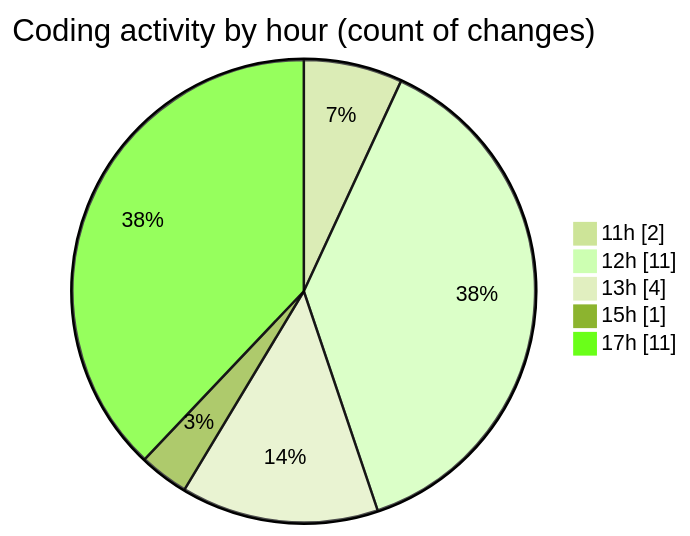
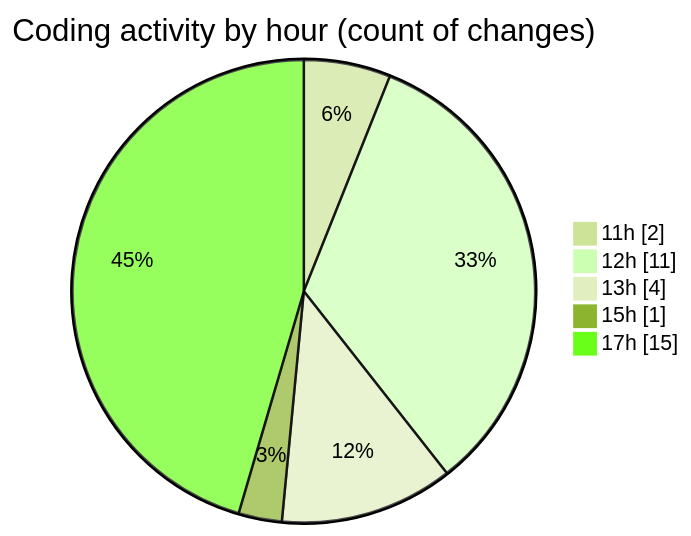
The second of 2 diagrams in 2025-12-08/nxtqube_webapp/README.md (nxtqubesakshisongat/code-tracking), drawn with Mermaid (forest theme) before and after one commit. The commit also changed other lines of this file and 1 other file, not shown here.

````diff
--- a/2025-12-08/nxtqube_webapp/README.md
+++ b/2025-12-08/nxtqube_webapp/README.md
@@ -34,9 +34,9 @@
 ```mermaid
 pie showData
 title Coding activity by hour (count of changes)
 "11h" : 2
 "12h" : 11
 "13h" : 4
 "15h" : 1
-"17h" : 11
+"17h" : 15
 ```
````
